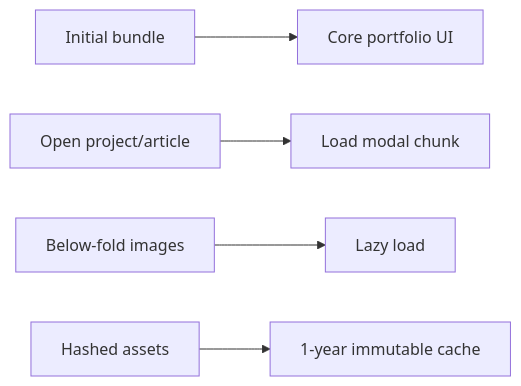
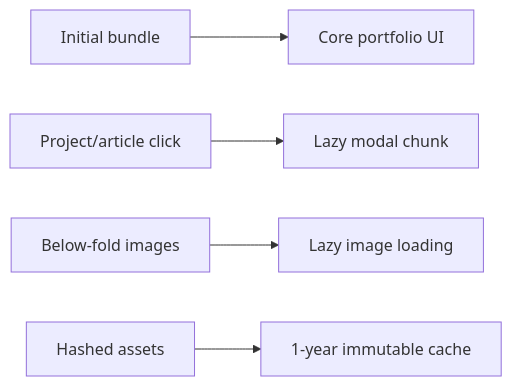
One commit to SidheshwarSarangal/portfoionew changed the fifth of 6 diagrams in docs/SECURITY_AND_PERFORMANCE.md. Above: the diagram before and after it, drawn with Mermaid. The commit also changed other lines of this file and 8 other files, not shown here.

````diff
--- a/docs/SECURITY_AND_PERFORMANCE.md
+++ b/docs/SECURITY_AND_PERFORMANCE.md
@@ -67,7 +74,7 @@
 ```mermaid
 flowchart LR
-  Initial[Initial bundle] --> UI[Core portfolio UI]
-  Click[Open project/article] --> Lazy[Load modal chunk]
-  Images[Below-fold images] --> Deferred[Lazy load]
+  Initial[Initial bundle] --> Core[Core portfolio UI]
+  Click[Project/article click] --> Chunk[Lazy modal chunk]
+  Images[Below-fold images] --> Lazy[Lazy image loading]
   Assets[Hashed assets] --> Cache[1-year immutable cache]
 ```
````
